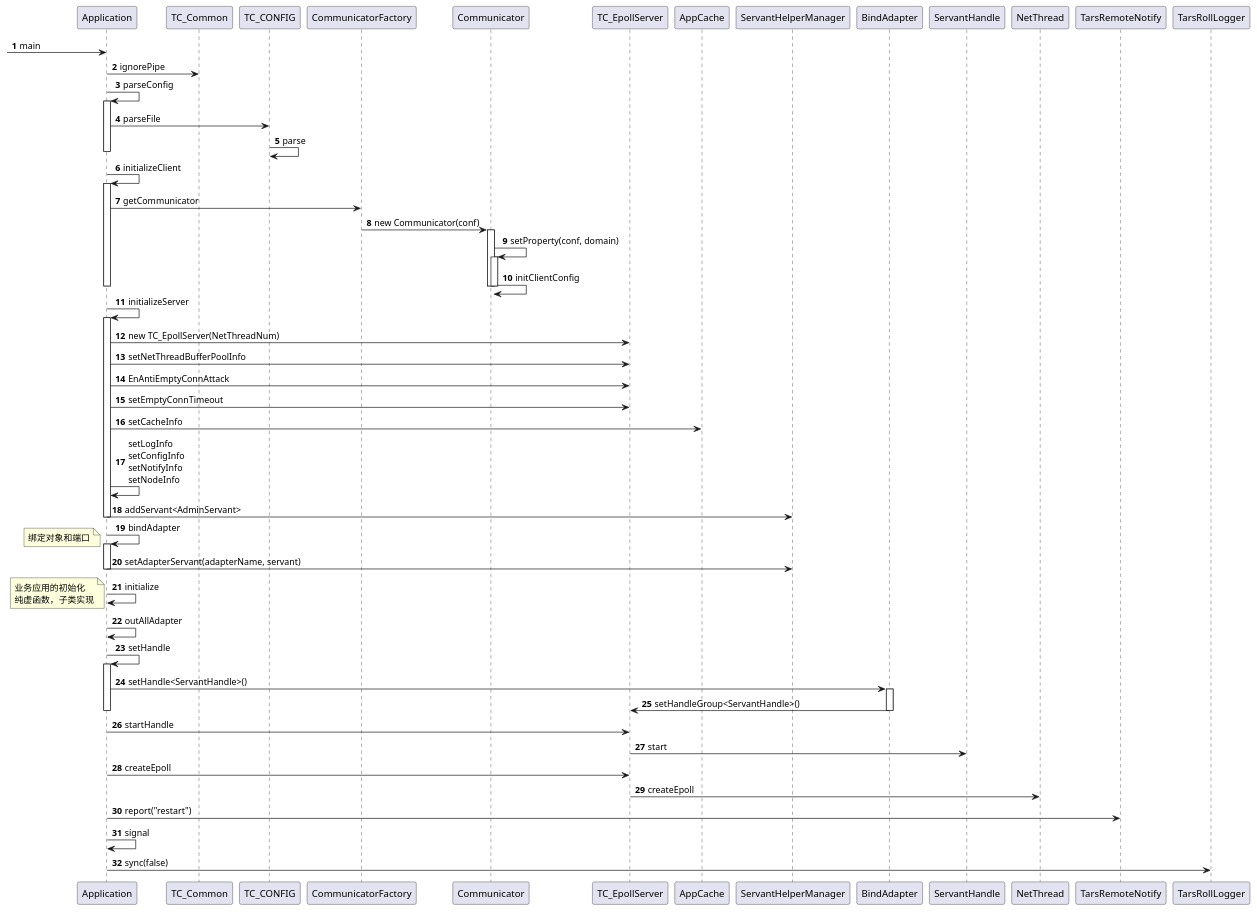
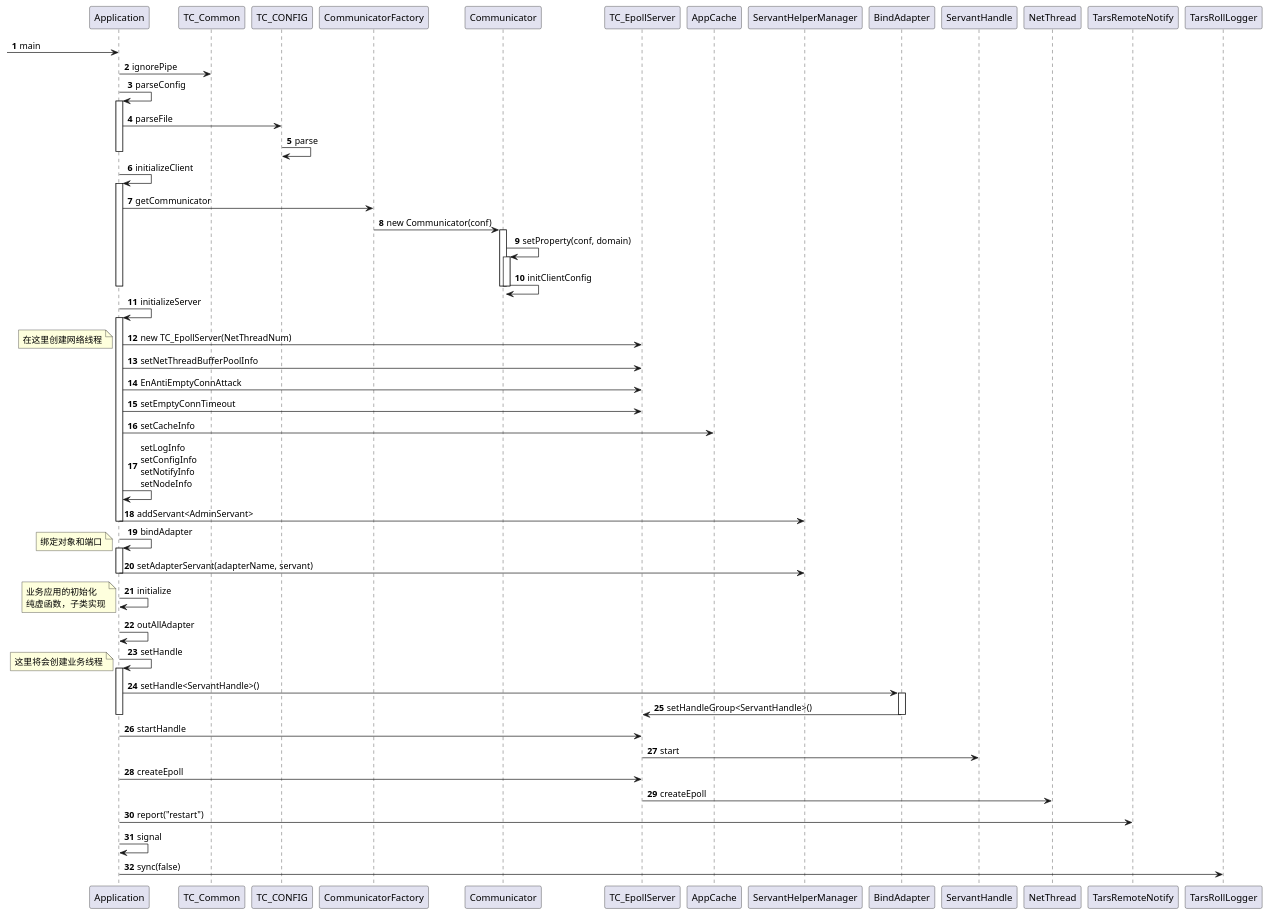
The diagram in uml/application_main.puml (as-xjc/tars_analysis), drawn with PlantUML before and after one commit. The commit also changed 3 other files, not shown here.

```diff
--- a/uml/application_main.puml
+++ b/uml/application_main.puml
@@ -1,68 +1,70 @@
 @startuml
 autonumber
 
 [-> Application: main
 
 Application -> TC_Common:ignorePipe
 Application -> Application:parseConfig
 activate Application
 Application -> TC_CONFIG:parseFile
 TC_CONFIG -> TC_CONFIG:parse
 deactivate Application
 
 Application -> Application:initializeClient
 activate Application
 Application -> CommunicatorFactory:getCommunicator
 CommunicatorFactory -> Communicator: new Communicator(conf)
 activate Communicator
 Communicator -> Communicator: setProperty(conf, domain)
 activate Communicator
 Communicator -> Communicator: initClientConfig
 deactivate Communicator
 deactivate Communicator
 deactivate Application
 
 Application -> Application:initializeServer
 activate Application
 Application -> TC_EpollServer:new TC_EpollServer(NetThreadNum)
+note left: 在这里创建网络线程
 Application -> TC_EpollServer:setNetThreadBufferPoolInfo
 Application -> TC_EpollServer:EnAntiEmptyConnAttack
 Application -> TC_EpollServer:setEmptyConnTimeout
 Application -> AppCache:setCacheInfo
 Application -> Application:setLogInfo\nsetConfigInfo\nsetNotifyInfo\nsetNodeInfo
 Application -> ServantHelperManager:addServant<AdminServant>
 deactivate Application
 
 Application -> Application:bindAdapter
 note left:绑定对象和端口
 activate Application
 Application -> ServantHelperManager:setAdapterServant(adapterName, servant)
 deactivate Application
 
 Application -> Application:initialize
 note left
 业务应用的初始化
 纯虚函数，子类实现
 end note
 
 Application -> Application:outAllAdapter
 Application -> Application:setHandle
+note left : 这里将会创建业务线程
 activate Application
 Application -> BindAdapter:setHandle<ServantHandle>()
 activate BindAdapter
 BindAdapter -> TC_EpollServer:setHandleGroup<ServantHandle>()
 deactivate BindAdapter
 deactivate Application
 
 Application -> TC_EpollServer:startHandle
 TC_EpollServer -> ServantHandle:start
 
 Application -> TC_EpollServer:createEpoll
 TC_EpollServer -> NetThread:createEpoll
 
 Application -> TarsRemoteNotify:report("restart")
 Application -> Application:signal
 Application -> TarsRollLogger:sync(false)
 
 
 @enduml
```
